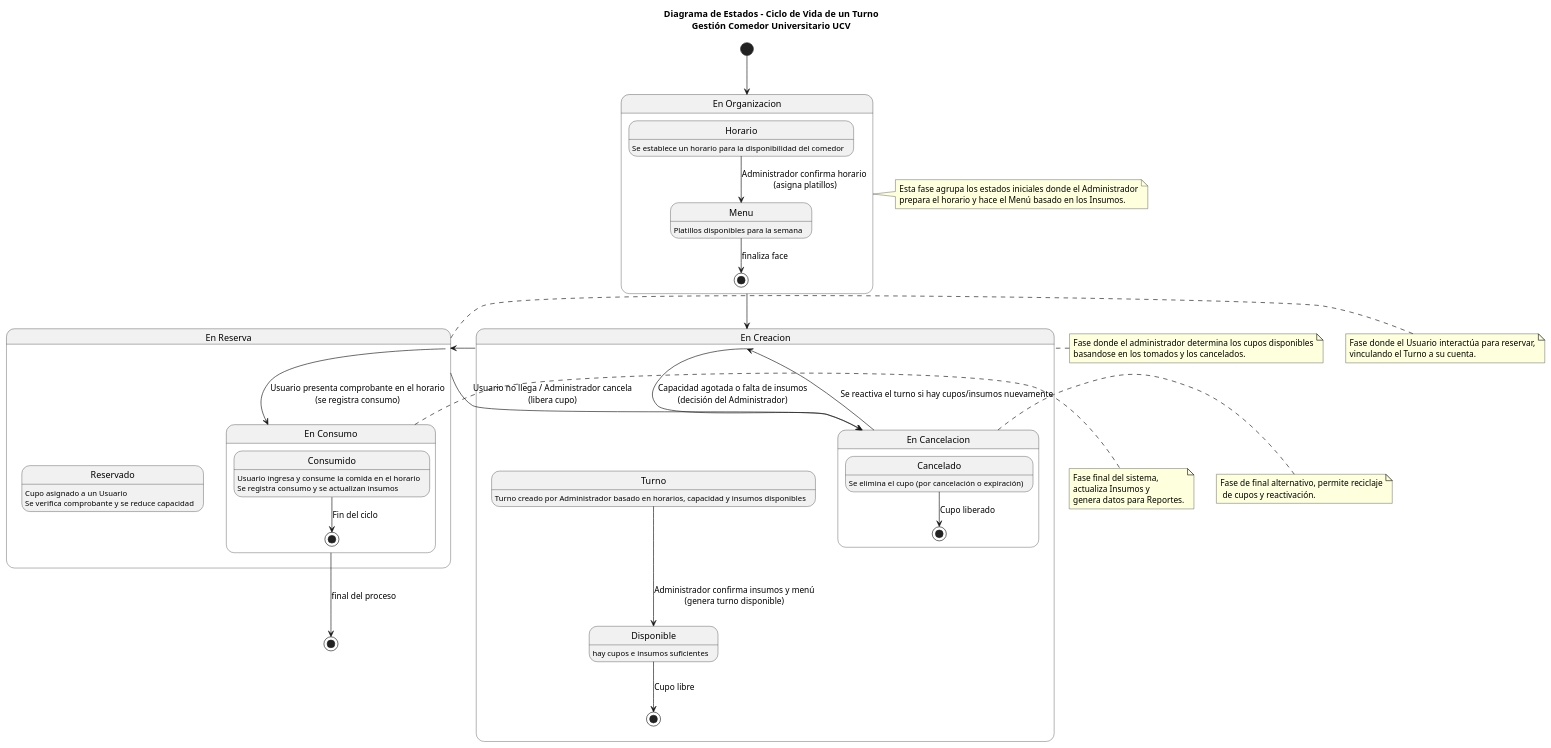
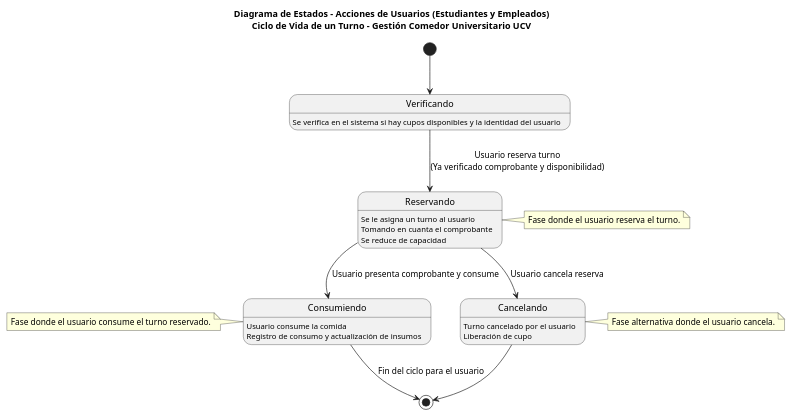
The diagram in main/docs/modelo_dominio/diagrama_de_estados.puml (GodotCoffee28/PROYECTO-INGENIERIA-2025), drawn with PlantUML before and after one commit. The commit also changed 1 other file, not shown here.

Commit message:
Update Diagramas

```diff
--- a/main/docs/modelo_dominio/diagrama_de_estados.puml
+++ b/main/docs/modelo_dominio/diagrama_de_estados.puml
@@ -1,92 +1,44 @@
 @startuml
-title Diagrama de Estados - Ciclo de Vida de un Turno\nGestión Comedor Universitario UCV
+title Diagrama de Estados - Acciones de Usuarios (Estudiantes y Empleados)\nCiclo de Vida de un Turno - Gestión Comedor Universitario UCV
 
-[*] --> Organizacion
+[*] --> Verificando
 
-state "En Creacion" as Creacion {
-  state "Turno" as Turno {
-    Turno: Turno creado por Administrador basado en horarios, capacidad y insumos disponibles
-  }
-  state "Disponible" as Disponible {
-    Disponible: hay cupos e insumos suficientes
-  }
-  
-  Turno --> Disponible : Administrador confirma insumos y menú\n(genera turno disponible)
-  Disponible --> [*] : Cupo libre
-  Creacion --> Cancelacion : Capacidad agotada o falta de insumos\n(decisión del Administrador)
+state Verificando {
+  Verificando : Se verifica en el sistema si hay cupos disponibles y la identidad del usuario
 }
 
-state "En Organizacion" as Organizacion {
-    state "Horario" as Horario{
-        Horario: Se establece un horario para la disponibilidad del comedor
-    }
-    state "Menu" as Menu{
-        Menu: Platillos disponibles para la semana
-    }
-    
-    Horario --> Menu : Administrador confirma horario\n (asigna platillos)
-
-    Menu --> [*]: finaliza face
+state Reservando {
+ Reservando : Se le asigna un turno al usuario
+ Reservando : Tomando en cuanta el comprobante
+ Reservando : Se reduce de capacidad
 }
 
-Organizacion --> Creacion
-
-state "En Reserva" as Reserva {
-  state "Reservado" as Reservado <<reserved>> {
-    Reservado: Cupo asignado a un Usuario
-    Reservado: Se verifica comprobante y se reduce capacidad
-  }
-  
-  Reserva --> Cancelacion : Usuario no llega / Administrador cancela\n(libera cupo)
-  Reserva --> Consumo : Usuario presenta comprobante en el horario\n(se registra consumo)
+state Consumiendo {
+ Consumiendo : Usuario consume la comida
+ Consumiendo : Registro de consumo y actualización de insumos
 }
 
-Creacion --> Reserva
-
-state "En Consumo" as Consumo {
-  state "Consumido" as Consumido  {
-    Consumido: Usuario ingresa y consume la comida en el horario
-    Consumido: Se registra consumo y se actualizan insumos
-  }
-  
-  Consumido --> [*] : Fin del ciclo
+state Cancelando {
+ Cancelando : Turno cancelado por el usuario
+ Cancelando : Liberación de cupo
 }
 
-state "En Cancelacion" as Cancelacion {
-  state "Cancelado" as Cancelado {
-    Cancelado: Se elimina el cupo (por cancelación o expiración)
-  }
-  
-  Cancelado --> [*] : Cupo liberado
-  Cancelacion --> Creacion : Se reactiva el turno si hay cupos/insumos nuevamente
-}
+Verificando --> Reservando : Usuario reserva turno\n(Ya verificado comprobante y disponibilidad)
+Reservando --> Consumiendo : Usuario presenta comprobante y consume
+Reservando --> Cancelando : Usuario cancela reserva
 
-Consumo --> [*] : final del proceso 
+Consumiendo --> [*] : Fin del ciclo para el usuario
+Cancelando --> [*] 
 
-' Notas explicativas 
-note right of Organizacion
-  Esta fase agrupa los estados iniciales donde el Administrador
-  prepara el horario y hace el Menú basado en los Insumos.
+note right of Reservando
+  Fase donde el usuario reserva el turno.
 end note
 
-note left of Creacion
-    Fase donde el administrador determina los cupos disponibles
-    basandose en los tomados y los cancelados.
+note left of Consumiendo
+  Fase donde el usuario consume el turno reservado.
 end note
 
-note left of Reserva
-  Fase donde el Usuario interactúa para reservar,
-  vinculando el Turno a su cuenta.
-end note
-
-note right of Consumo
-  Fase final del sistema,
-  actualiza Insumos y
-  genera datos para Reportes.
-end note
-
-note right of Cancelacion
-  Fase de final alternativo, permite reciclaje
-   de cupos y reactivación.
+note right of Cancelando
+  Fase alternativa donde el usuario cancela.
 end note
 @enduml
```
